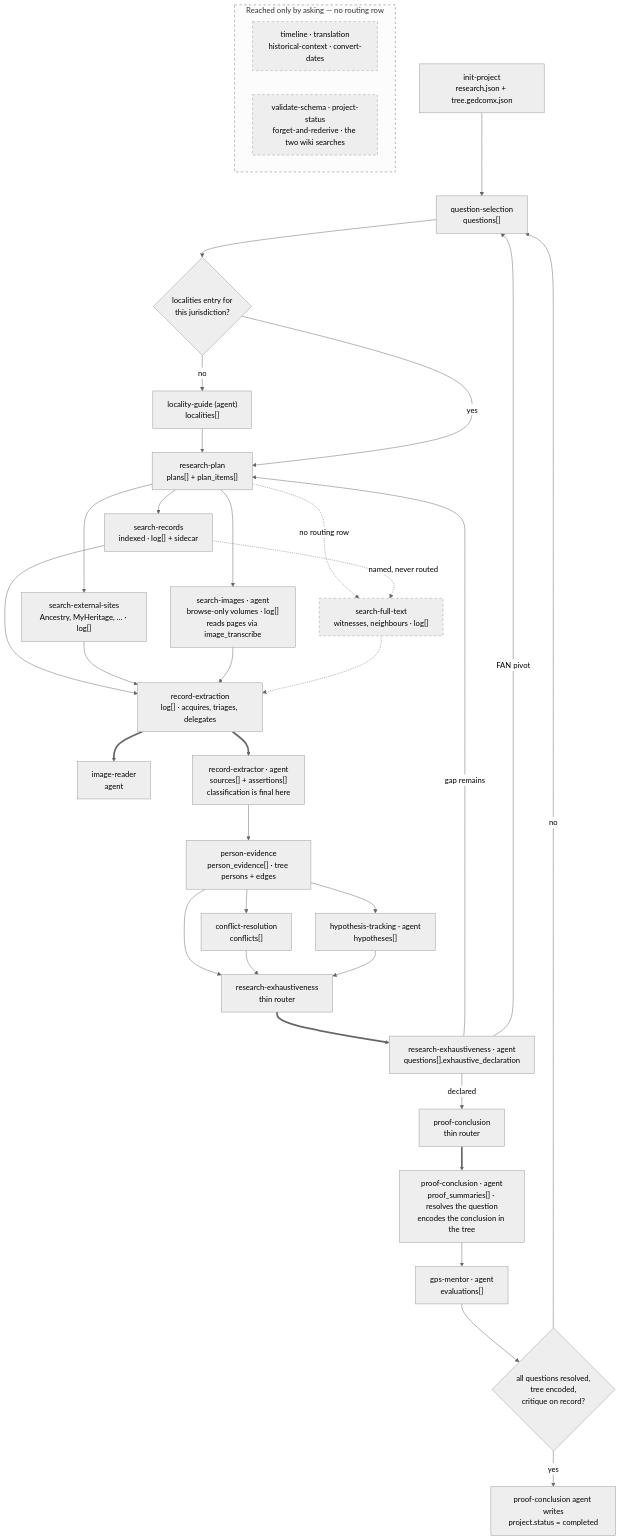
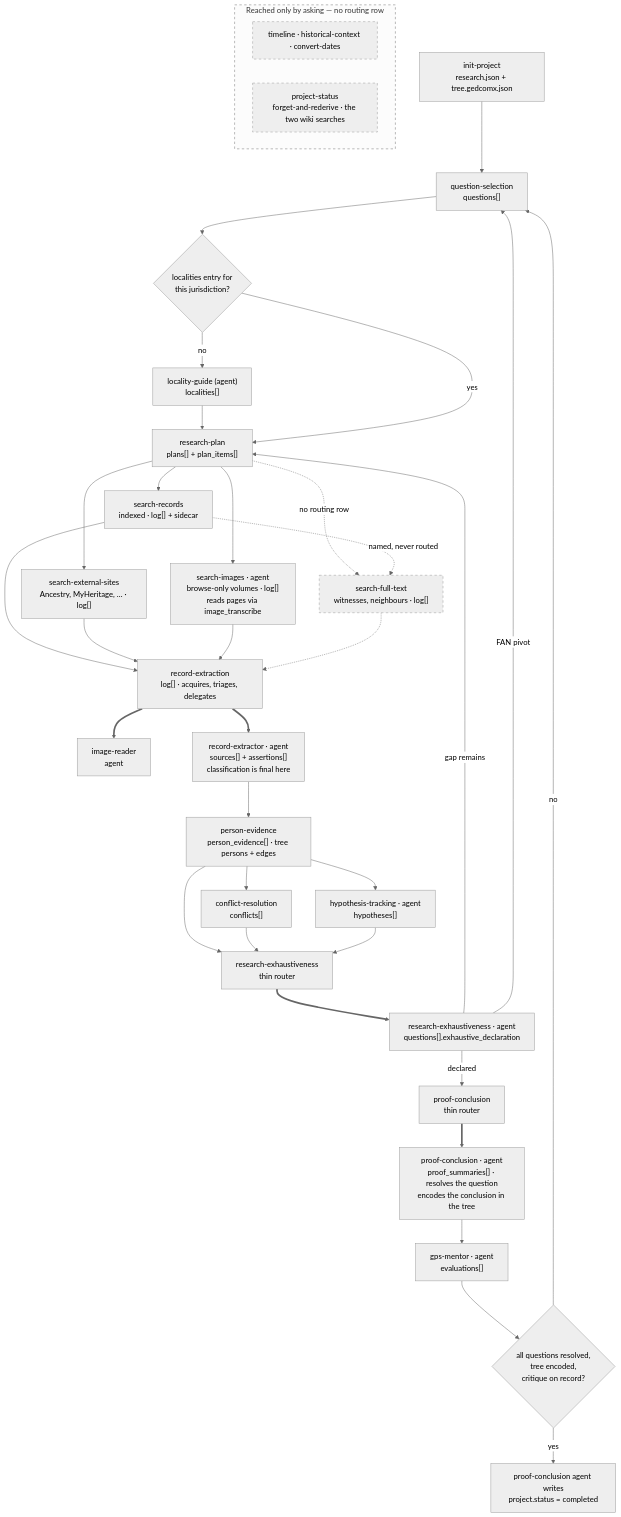
The diagram in docs/skill-dataflow.md (PioneerAIAcademy/cowork-genealogy), drawn with Mermaid (neutral theme) before and after one commit. The commit also changed other lines of this file and 39 other files, not shown here.

First line of the commit message:
translation: convert skill to agent, make all eval tests pass (#3028)

````diff
--- a/docs/skill-dataflow.md
+++ b/docs/skill-dataflow.md
@@ -65,51 +65,51 @@
 ```mermaid
 flowchart TD
     IP["init-project<br/>research.json + tree.gedcomx.json"] --> QS
     QS["question-selection<br/>questions[]"] --> LOCGATE
     LOCGATE{"localities entry for<br/>this jurisdiction?"}
     LOCGATE -- no --> LG["locality-guide (agent)<br/>localities[]"] --> RP
     LOCGATE -- yes --> RP["research-plan<br/>plans[] + plan_items[]"]
 
     RP --> SR["search-records<br/>indexed · log[] + sidecar"]
     RP --> SE["search-external-sites<br/>Ancestry, MyHeritage, … · log[]"]
     RP --> SIA["search-images · agent<br/>browse-only volumes · log[]<br/>reads pages via image_transcribe"]
     RP -.->|"no routing row"| SF["search-full-text<br/>witnesses, neighbours · log[]"]
     SR -.->|"named, never routed"| SF
     RE ==> IR["image-reader<br/>agent"]
 
     SR --> RE
     SE --> RE
     SIA --> RE
     SF -.-> RE
     RE["record-extraction<br/>log[] · acquires, triages, delegates"]
     RE ==> RX["record-extractor · agent<br/>sources[] + assertions[]<br/>classification is final here"]
 
     RX --> PE["person-evidence<br/>person_evidence[] · tree persons + edges"]
     PE --> CR["conflict-resolution<br/>conflicts[]"]
     PE --> HT["hypothesis-tracking · agent<br/>hypotheses[]"]
     PE --> EX
     CR --> EX
     HT --> EX
 
     EX["research-exhaustiveness<br/>thin router"]
     EX ==> EXA["research-exhaustiveness · agent<br/>questions[].exhaustive_declaration"]
     EXA -- "gap remains" --> RP
     EXA -- "FAN pivot" --> QS
     EXA -- "declared" --> PC
 
     PC["proof-conclusion<br/>thin router"]
     PC ==> PCA["proof-conclusion · agent<br/>proof_summaries[] · resolves the question<br/>encodes the conclusion in the tree"]
     PCA --> GM["gps-mentor · agent<br/>evaluations[]"]
     GM --> GATE{"all questions resolved,<br/>tree encoded,<br/>critique on record?"}
     GATE -- no --> QS
     GATE -- yes --> DONE["proof-conclusion agent writes<br/>project.status = completed"]
 
     subgraph ASK ["Reached only by asking — no routing row"]
         direction LR
-        U1["timeline · translation<br/>historical-context · convert-dates"]
-        U2["validate-schema · project-status<br/>forget-and-rederive · the two wiki searches"]
+        U1["timeline · historical-context · convert-dates"]
+        U2["project-status<br/>forget-and-rederive · the two wiki searches"]
     end
 
     classDef unrouted stroke-dasharray: 5 5
     class SF,ASK,U1,U2 unrouted
 ```
````
